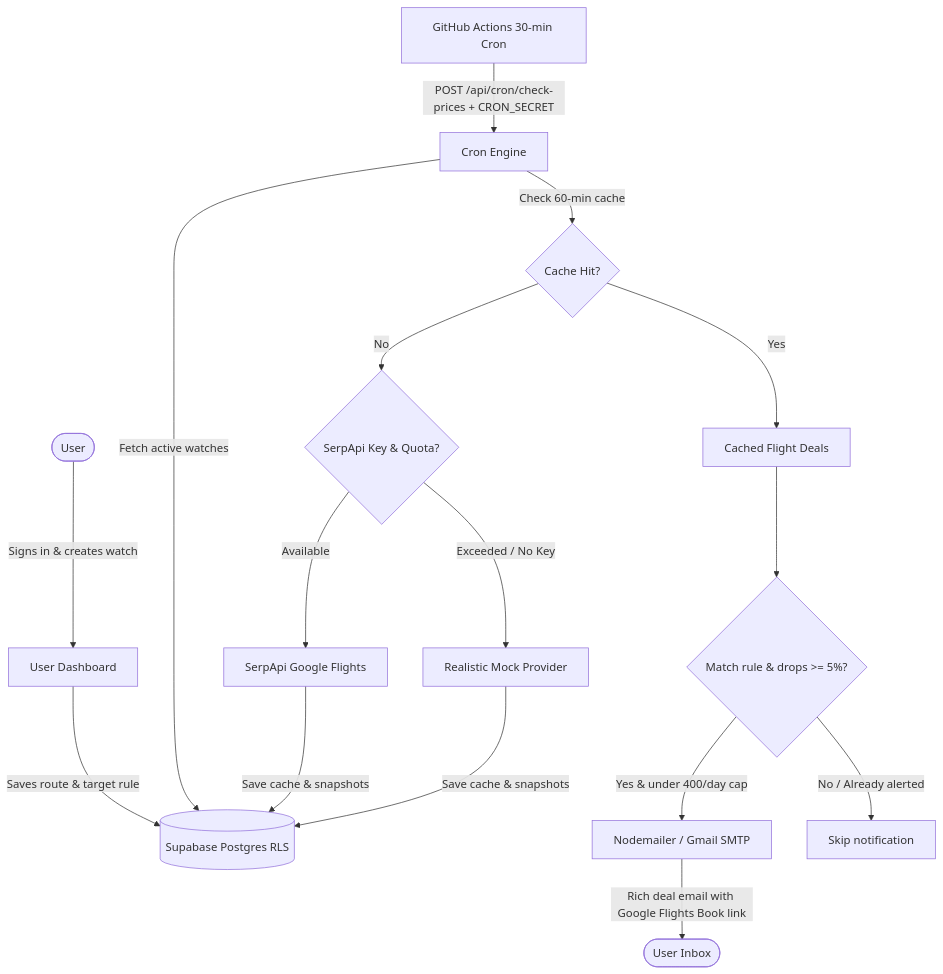
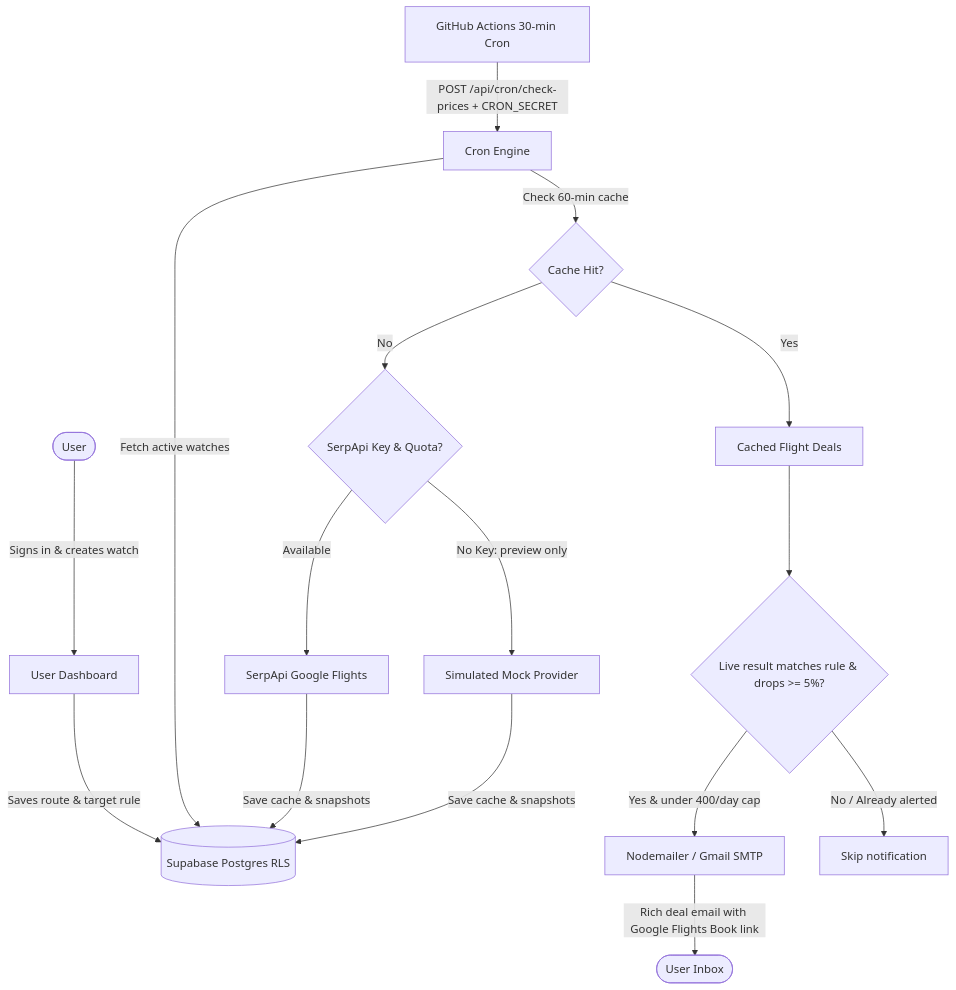
The diagram in README.md (khushi-ks1/farewatch), drawn with Mermaid before and after one commit. The commit also changed other lines of this file and 18 other files, not shown here.

````diff
--- a/README.md
+++ b/README.md
@@ -45,23 +45,23 @@
 ```mermaid
 flowchart TD
     User([User]) -->|Signs in & creates watch| Dashboard[User Dashboard]
     Dashboard -->|Saves route & target rule| Supabase[(Supabase Postgres RLS)]
     
     Cron[GitHub Actions 30-min Cron] -->|POST /api/cron/check-prices + CRON_SECRET| API[Cron Engine]
     API -->|Fetch active watches| Supabase
     
     API -->|Check 60-min cache| Cache{Cache Hit?}
     Cache -->|Yes| Results[Cached Flight Deals]
     Cache -->|No| ProviderCheck{SerpApi Key & Quota?}
     ProviderCheck -->|Available| SerpApi[SerpApi Google Flights]
-    ProviderCheck -->|Exceeded / No Key| Mock[Realistic Mock Provider]
+    ProviderCheck -->|No Key: preview only| Mock[Simulated Mock Provider]
     
     SerpApi -->|Save cache & snapshots| Supabase
     Mock -->|Save cache & snapshots| Supabase
     
-    Results --> Dedup{Match rule & drops >= 5%?}
+    Results --> Dedup{Live result matches rule & drops >= 5%?}
     Dedup -->|Yes & under 400/day cap| Mailer[Nodemailer / Gmail SMTP]
     Dedup -->|No / Already alerted| Skip[Skip notification]
     
     Mailer -->|Rich deal email with Google Flights Book link| Inbox([User Inbox])
 ```
````
